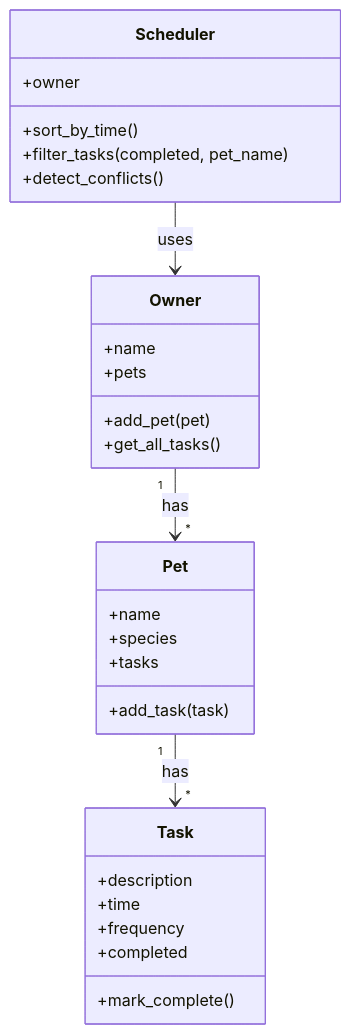
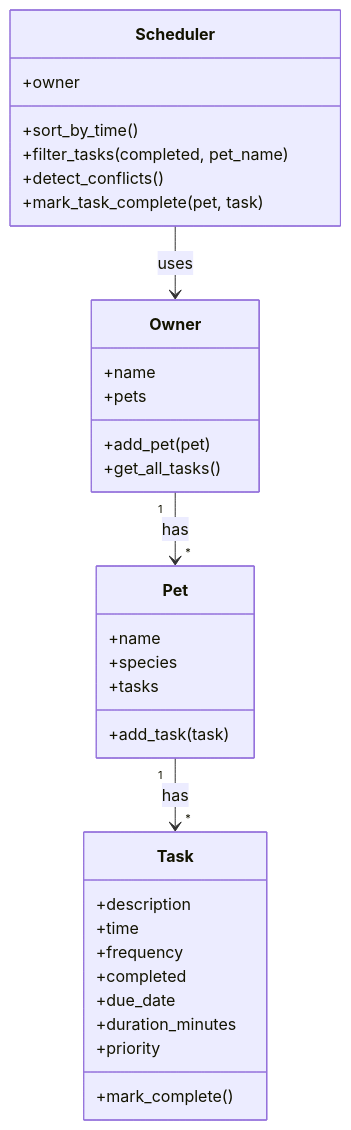
One commit to Dawaks/ai110-module2show-pawpal-starter changed the diagram in diagrams/uml.mmd. Above: the diagram before and after it, drawn with Mermaid. The commit also changed 5 other files, not shown here.

```diff
--- a/diagrams/uml.mmd
+++ b/diagrams/uml.mmd
@@ -1,33 +1,37 @@
 classDiagram
     class Owner {
         +name
         +pets
         +add_pet(pet)
         +get_all_tasks()
     }
 
     class Pet {
         +name
         +species
         +tasks
         +add_task(task)
     }
 
     class Task {
         +description
         +time
         +frequency
         +completed
+        +due_date
+        +duration_minutes
+        +priority
         +mark_complete()
     }
 
     class Scheduler {
         +owner
         +sort_by_time()
         +filter_tasks(completed, pet_name)
         +detect_conflicts()
+        +mark_task_complete(pet, task)
     }
 
     Owner "1" --> "*" Pet : has
     Pet "1" --> "*" Task : has
     Scheduler --> Owner : uses
```
